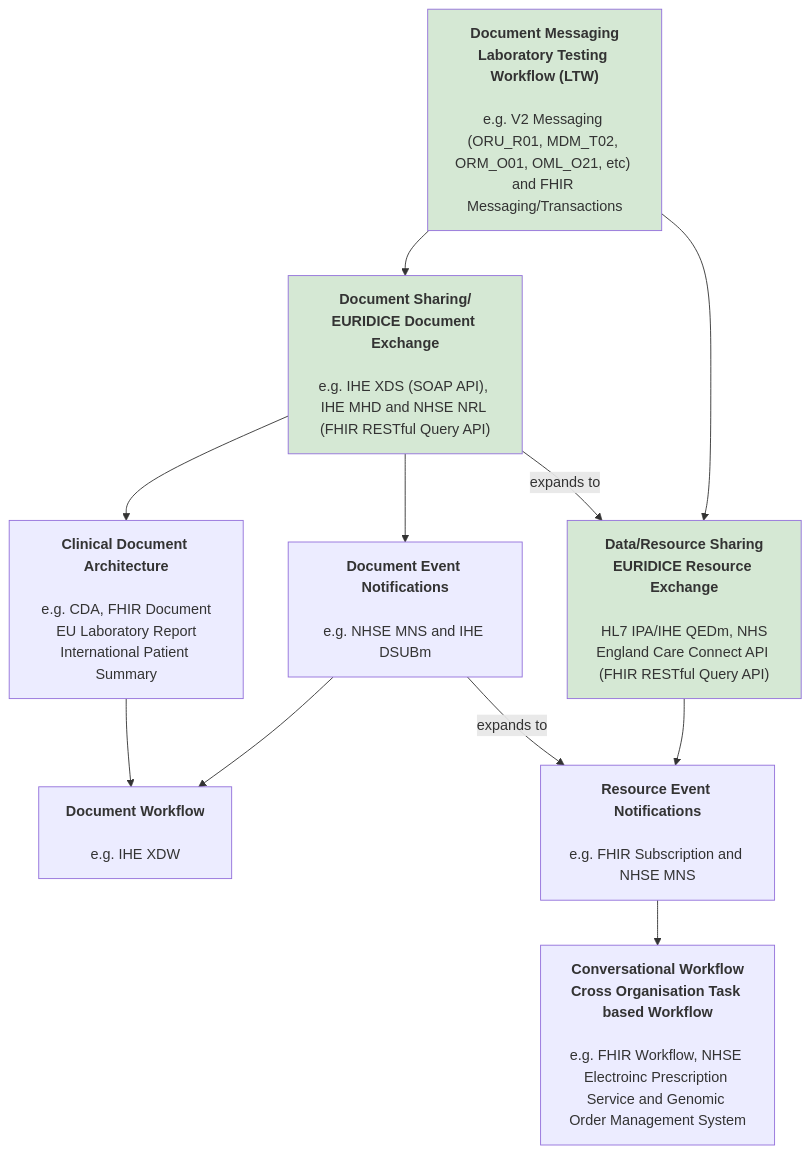
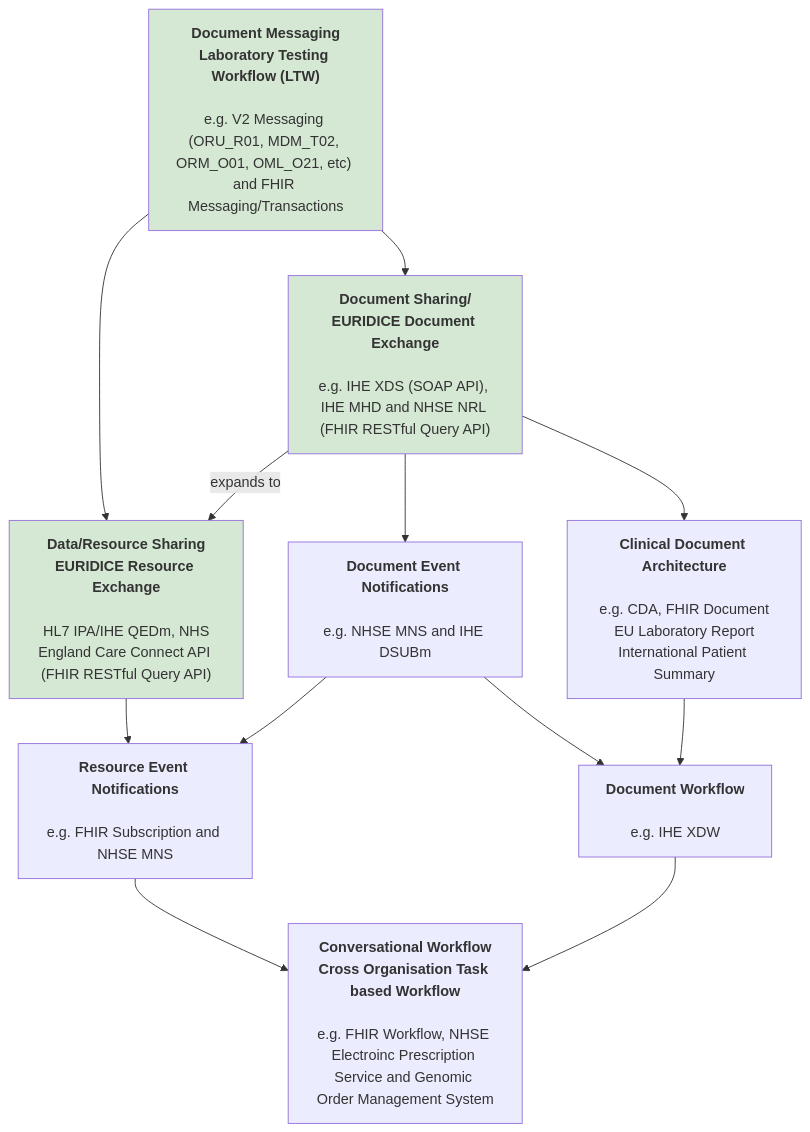
One commit to nw-gmsa/nw-gmsa.github.com changed the first of 16 diagrams in input/pagecontent/exchange.md. Above: the diagram before and after it, drawn with Mermaid.

Commit message:
mermaid typo

````diff
--- a/input/pagecontent/exchange.md
+++ b/input/pagecontent/exchange.md
@@ -2,32 +2,33 @@
 ```mermaid
 graph TD;
 
 
 DocumentMessaging["<b>Document Messaging</b><br/><b>Laboratory Testing Workflow (LTW)</b><br/><br/>e.g. V2 Messaging (ORU_R01, MDM_T02, ORM_O01, OML_O21, etc) and FHIR Messaging/Transactions"]
 DocumentSharing["<b>Document Sharing/<br/>EURIDICE Document Exchange</b><br/><br/>e.g. IHE XDS (SOAP API), IHE MHD and NHSE NRL (FHIR RESTful Query API) "]
 
 DocumentEventNotifications[<b>Document Event Notifications</b><br/><br/>e.g. NHSE MNS and IHE DSUBm]
 ClinicalDocumentArchitecture[<b>Clinical Document Architecture</b><br/><br/>e.g. CDA, FHIR Document<br/>EU Laboratory Report<br/>International Patient Summary] 
 DocumentWorkflow[<b>Document Workflow</b><br/><br/>e.g. IHE XDW]
 
 DataSharig["<b>Data/Resource Sharing<br/>EURIDICE Resource Exchange</b><br/><br/> HL7 IPA/IHE QEDm, NHS England Care Connect API (FHIR RESTful Query API)"]
 ResourceEventNotifications[<b>Resource Event Notifications</b><br/><br/>e.g. FHIR Subscription and NHSE MNS]
 ConversationalMessaging[<b>Conversational Workflow</b><br/><b>Cross Organisation Task based Workflow</b><br/><br/>e.g. FHIR Workflow, NHSE Electroinc Prescription Service and Genomic Order Management System]
 
 DocumentMessaging --> DocumentSharing
 DocumentSharing --> DocumentEventNotifications
 DocumentSharing --> ClinicalDocumentArchitecture
 DocumentEventNotifications --> DocumentWorkflow
 ClinicalDocumentArchitecture --> DocumentWorkflow
 
 DocumentMessaging --> DataSharig
 DataSharig --> ResourceEventNotifications
 ResourceEventNotifications --> ConversationalMessaging
+DocumentWorkflow --> ConversationalMessaging
 
 DocumentSharing --> |expands to| DataSharig
-DocumentEventNotifications --> |expands to| ResourceEventNotifications
+DocumentEventNotifications --> ResourceEventNotifications
 
 classDef green fill:#D5E8D4;
 
 class DocumentMessaging,DocumentSharing,DataSharig green
 ```
````
